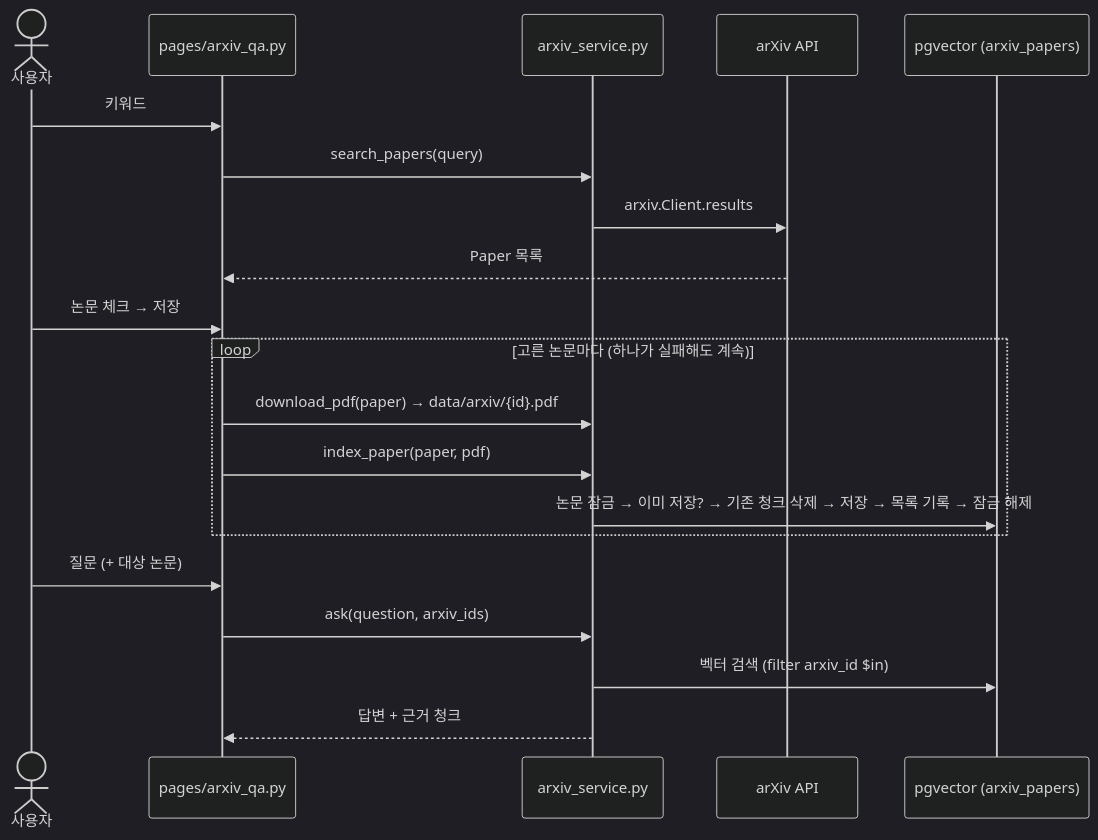
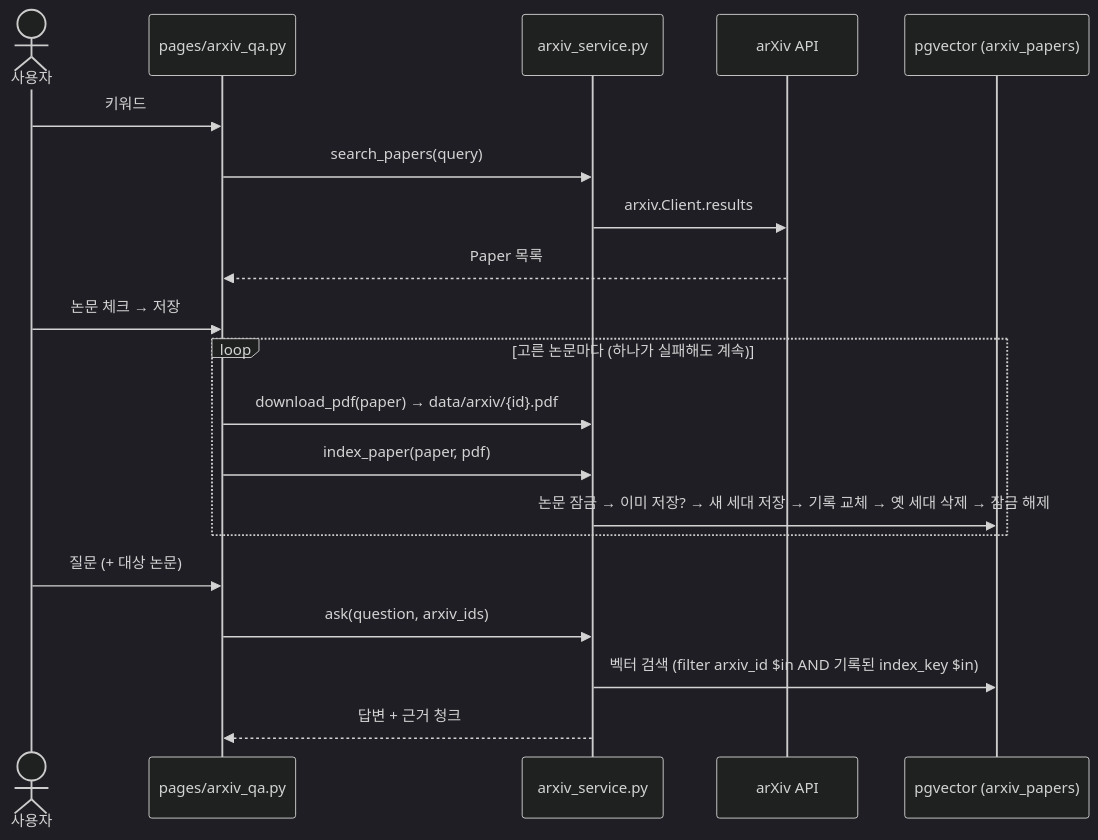
Before and after one commit to Kim-Minu/langchain-first: the diagram in specs/arxiv-paper-rag/design.md, drawn with Mermaid (dark theme). The commit also changed other lines of this file and 13 other files, not shown here.

````diff
--- a/specs/arxiv-paper-rag/design.md
+++ b/specs/arxiv-paper-rag/design.md
@@ -4,22 +4,22 @@
 ```mermaid
 sequenceDiagram
     actor U as 사용자
     participant P as pages/arxiv_qa.py
     participant S as arxiv_service.py
     participant A as arXiv API
     participant DB as pgvector (arxiv_papers)
     U->>P: 키워드
     P->>S: search_papers(query)
     S->>A: arxiv.Client.results
     A-->>P: Paper 목록
     U->>P: 논문 체크 → 저장
     loop 고른 논문마다 (하나가 실패해도 계속)
         P->>S: download_pdf(paper) → data/arxiv/{id}.pdf
         P->>S: index_paper(paper, pdf)
-        S->>DB: 논문 잠금 → 이미 저장? → 기존 청크 삭제 → 저장 → 목록 기록 → 잠금 해제
+        S->>DB: 논문 잠금 → 이미 저장? → 새 세대 저장 → 기록 교체 → 옛 세대 삭제 → 잠금 해제
     end
     U->>P: 질문 (+ 대상 논문)
     P->>S: ask(question, arxiv_ids)
-    S->>DB: 벡터 검색 (filter arxiv_id $in)
+    S->>DB: 벡터 검색 (filter arxiv_id $in AND 기록된 index_key $in)
     S-->>P: 답변 + 근거 청크
 ```
````
